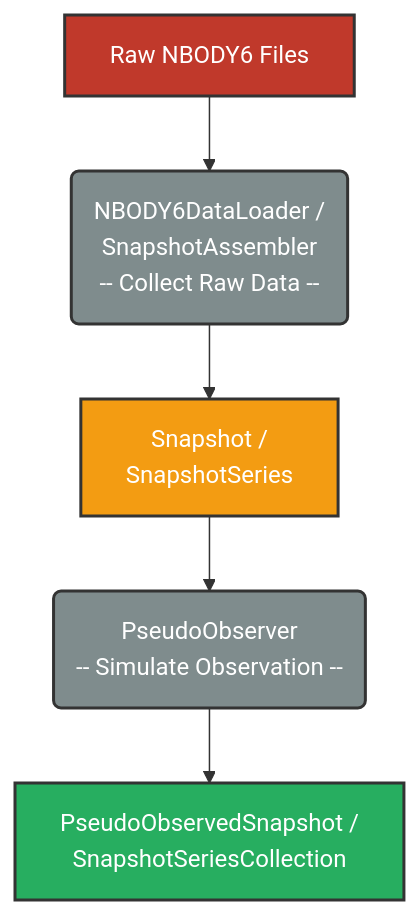
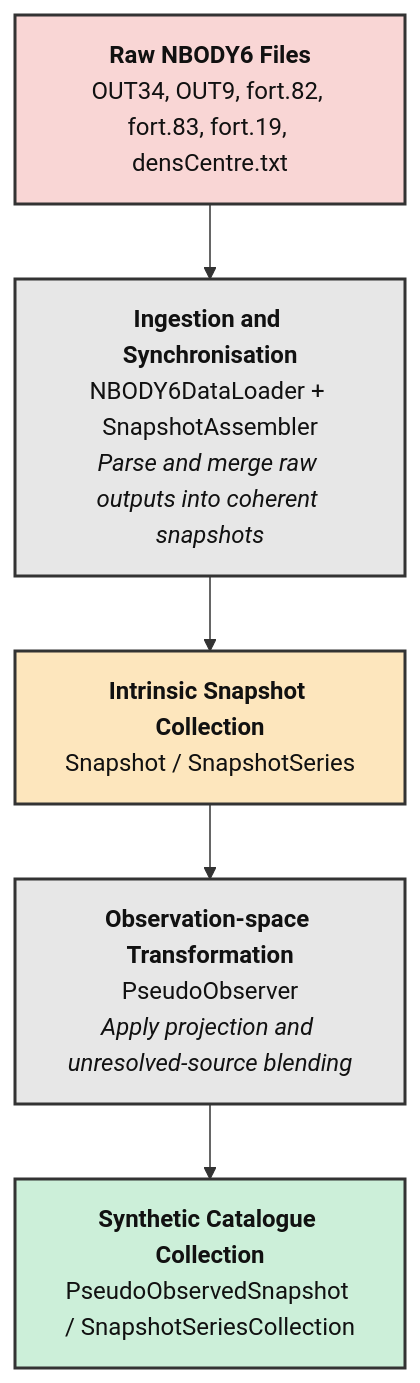
Before and after one commit to fengshun124/NBODY6-data-pipeline: the diagram in README.md, drawn with Mermaid. The commit also changed other lines of this file, not shown here.

````diff
--- a/README.md
+++ b/README.md
@@ -7,12 +7,20 @@
 ```mermaid
-graph TD
-    A[Raw NBODY6 Files] --> B(NBODY6DataLoader /<br/>SnapshotAssembler <br/> -- Collect Raw Data --);
-    B --> C[Snapshot /<br/>SnapshotSeries];
-    C --> D(PseudoObserver <br/> -- Simulate Observation --);
-    D --> E[PseudoObservedSnapshot /<br/>SnapshotSeriesCollection];
-    style A fill: #c0392b, stroke: #333, stroke-width: 2px, color: #fff
-    style B fill: #7f8c8d, stroke: #333, stroke-width: 2px, color: #fff
-    style C fill: #f39c12, stroke: #333, stroke-width: 2px, color: #fff
-    style D fill: #7f8c8d, stroke: #333, stroke-width: 2px, color: #fff
-    style E fill: #27ae60, stroke: #333, stroke-width: 2px, color: #fff
+flowchart TD
+    A["<b>Raw NBODY6 Files</b><br/>OUT34, OUT9, fort.82, fort.83, fort.19, densCentre.txt"]
+    B["<b>Ingestion and Synchronisation</b><br/>NBODY6DataLoader + SnapshotAssembler<br/><i>Parse and merge raw outputs into coherent snapshots</i>"]
+    C["<b>Intrinsic Snapshot Collection</b><br/>Snapshot / SnapshotSeries"]
+    D["<b>Observation-space Transformation</b><br/>PseudoObserver<br/><i>Apply projection and unresolved-source blending</i>"]
+    E["<b>Synthetic Catalogue Collection</b><br/>PseudoObservedSnapshot / SnapshotSeriesCollection"]
+
+    A --> B --> C --> D --> E
+
+    classDef raw fill:#f9d6d5,stroke:#333,stroke-width:2px,color:#111;
+    classDef process fill:#e7e7e7,stroke:#333,stroke-width:2px,color:#111;
+    classDef intrinsic fill:#fde6bd,stroke:#333,stroke-width:2px,color:#111;
+    classDef output fill:#ccefd9,stroke:#333,stroke-width:2px,color:#111;
+
+    class A raw;
+    class B,D process;
+    class C intrinsic;
+    class E output;
 ```
````
